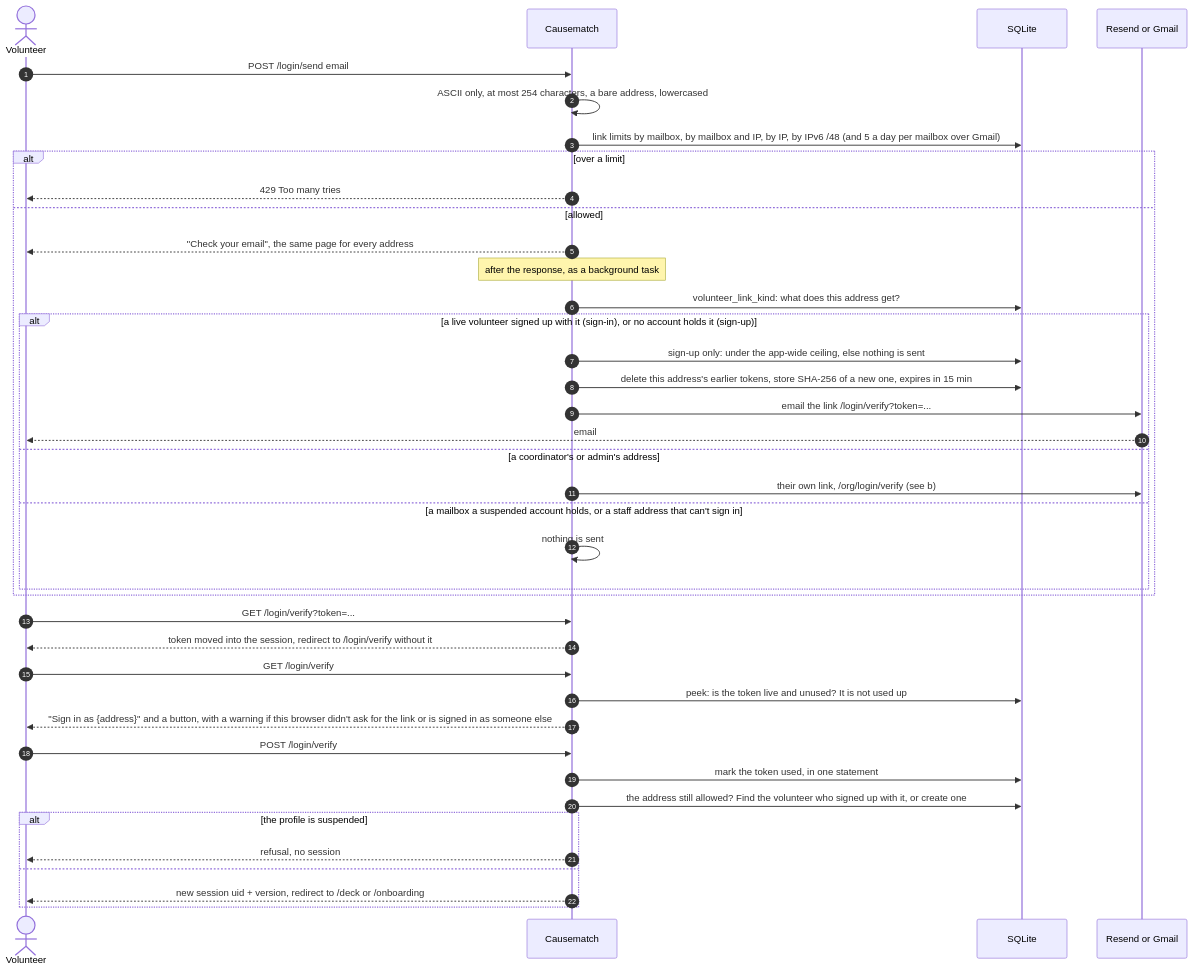
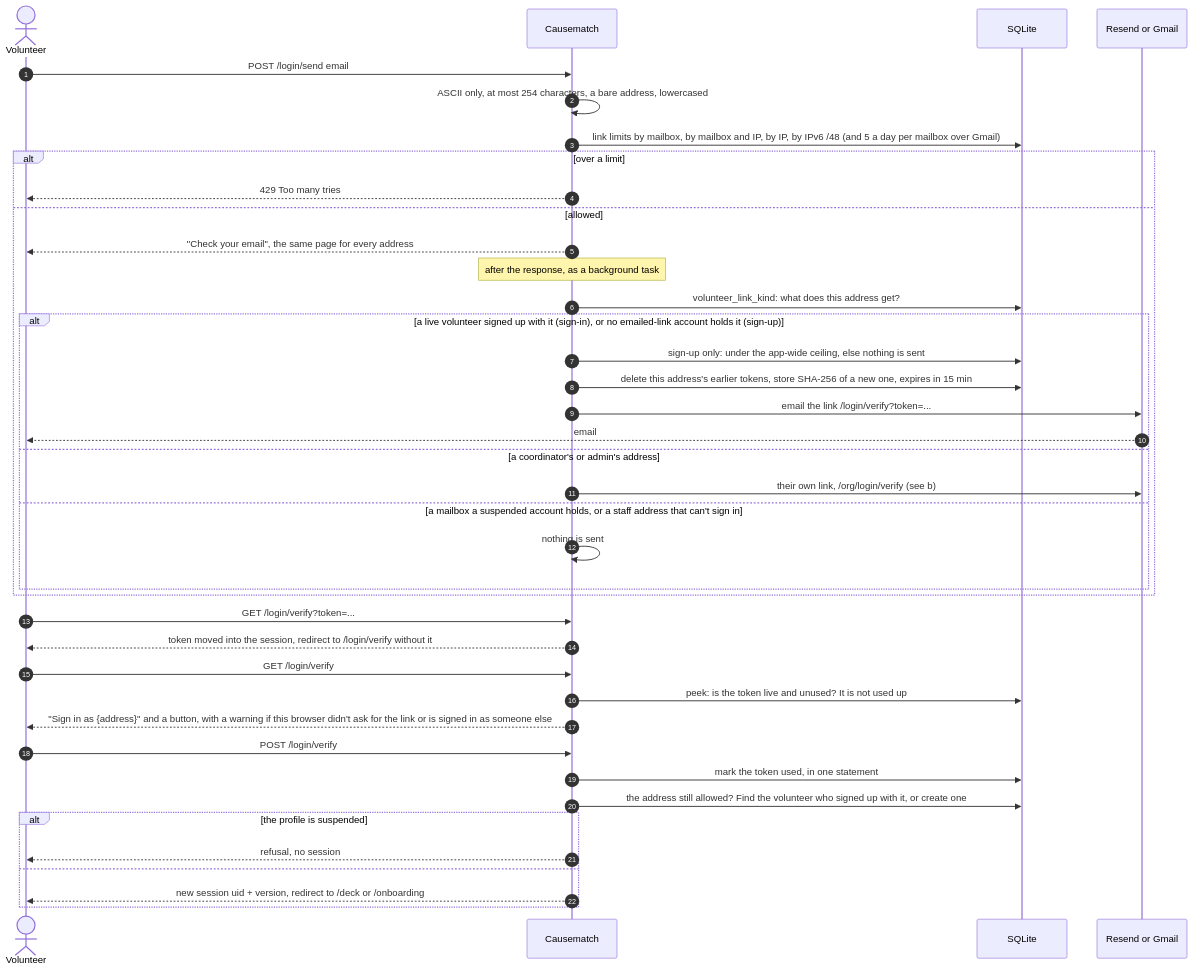
Before and after one commit to slegroux/causematch: diagram 15 of 26 in docs/ARCHITECTURE.md, drawn with Mermaid. The commit also changed other lines of this file, not shown here.

Commit message:
Architecture doc: fixes from review (sign-in edge cases, email sending paths, preview limits, migrations wording)

````diff
--- a/docs/ARCHITECTURE.md
+++ b/docs/ARCHITECTURE.md
@@ -945,42 +949,42 @@
 ```mermaid
 sequenceDiagram
     autonumber
     actor V as Volunteer
     participant A as Causematch
     participant DB as SQLite
     participant E as Resend or Gmail
 
     V->>A: POST /login/send email
     A->>A: ASCII only, at most 254 characters, a bare address, lowercased
     A->>DB: link limits by mailbox, by mailbox and IP, by IP, by IPv6 /48 (and 5 a day per mailbox over Gmail)
     alt over a limit
         A-->>V: 429 Too many tries
     else allowed
         A-->>V: "Check your email", the same page for every address
         Note over A: after the response, as a background task
         A->>DB: volunteer_link_kind: what does this address get?
-        alt a live volunteer signed up with it (sign-in), or no account holds it (sign-up)
+        alt a live volunteer signed up with it (sign-in), or no emailed-link account holds it (sign-up)
             A->>DB: sign-up only: under the app-wide ceiling, else nothing is sent
             A->>DB: delete this address's earlier tokens, store SHA-256 of a new one, expires in 15 min
             A->>E: email the link /login/verify?token=...
             E-->>V: email
         else a coordinator's or admin's address
             A->>E: their own link, /org/login/verify (see b)
         else a mailbox a suspended account holds, or a staff address that can't sign in
             A->>A: nothing is sent
         end
     end
     V->>A: GET /login/verify?token=...
     A-->>V: token moved into the session, redirect to /login/verify without it
     V->>A: GET /login/verify
     A->>DB: peek: is the token live and unused? It is not used up
     A-->>V: "Sign in as {address}" and a button, with a warning if this browser didn't ask for the link or is signed in as someone else
     V->>A: POST /login/verify
     A->>DB: mark the token used, in one statement
     A->>DB: the address still allowed? Find the volunteer who signed up with it, or create one
     alt the profile is suspended
         A-->>V: refusal, no session
     else
         A-->>V: new session uid + version, redirect to /deck or /onboarding
     end
 ```
````
